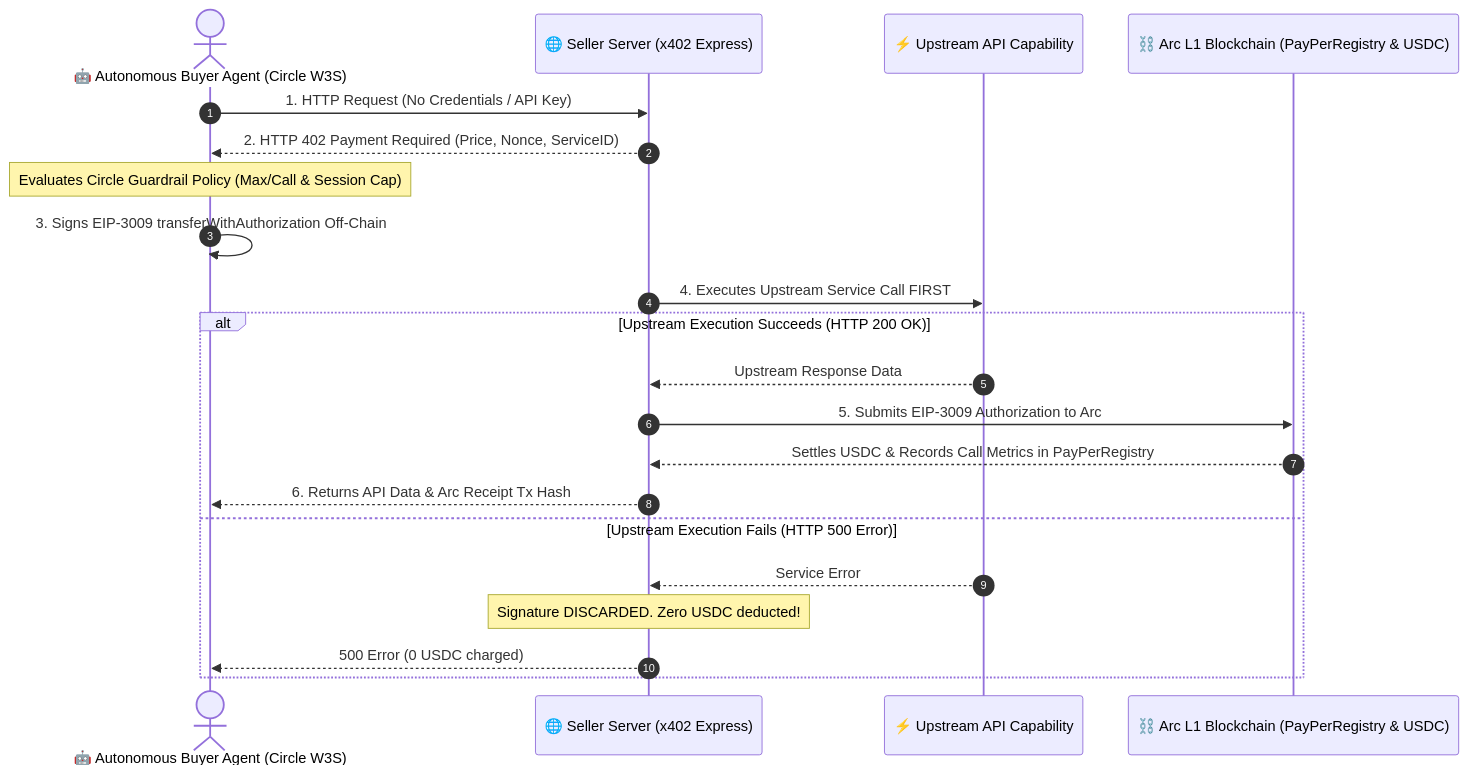
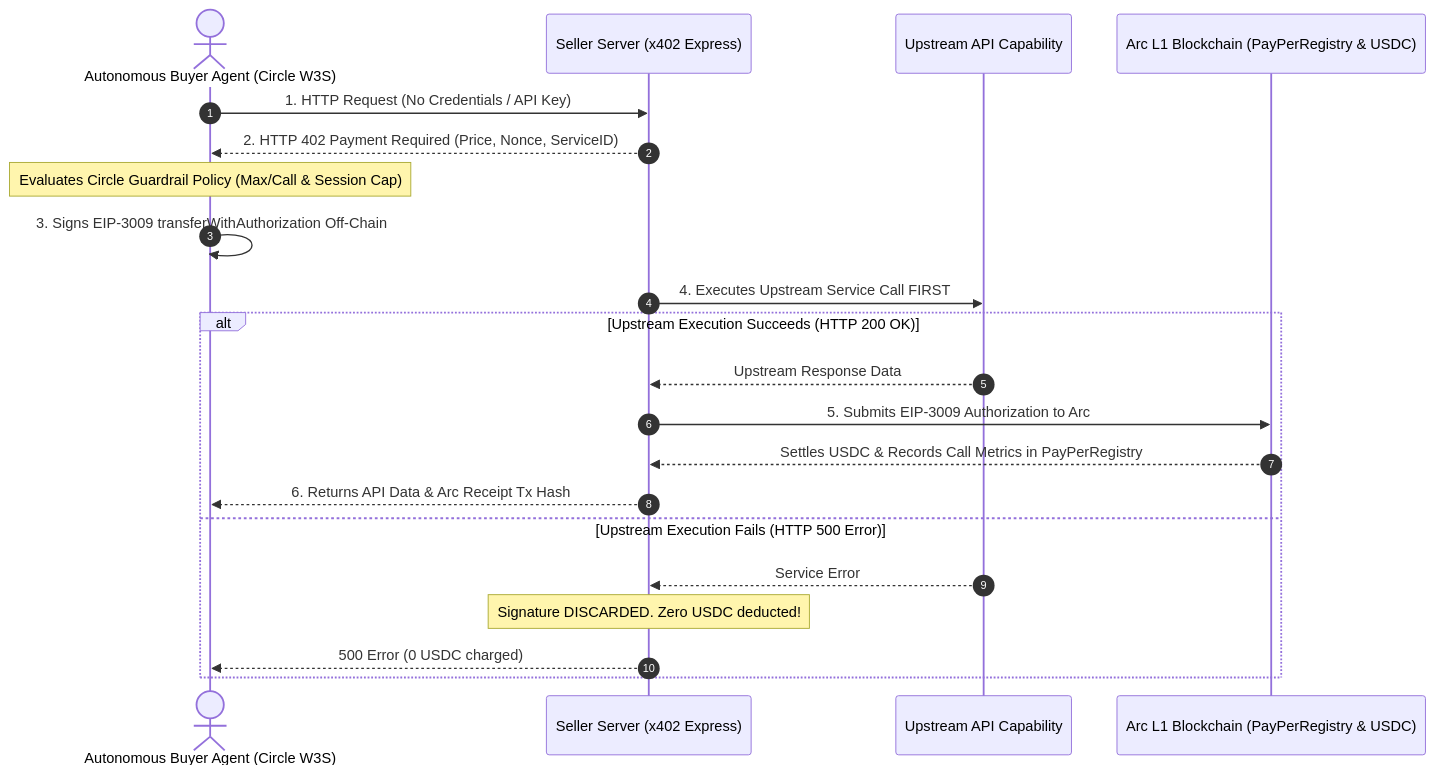
Before and after one commit to ODbeke/payper: the second of 2 diagrams in README.md, drawn with Mermaid. The commit also changed other lines of this file, not shown here.

````diff
--- a/README.md
+++ b/README.md
@@ -63,24 +64,24 @@
 ```mermaid
 sequenceDiagram
     autonumber
-    actor BuyerAgent as 🤖 Autonomous Buyer Agent (Circle W3S)
-    participant SellerServer as 🌐 Seller Server (x402 Express)
-    participant UpstreamAPI as ⚡ Upstream API Capability
-    participant ArcL1 as ⛓️ Arc L1 Blockchain (PayPerRegistry & USDC)
+    actor BuyerAgent as Autonomous Buyer Agent (Circle W3S)
+    participant SellerServer as Seller Server (x402 Express)
+    participant UpstreamAPI as Upstream API Capability
+    participant ArcL1 as Arc L1 Blockchain (PayPerRegistry & USDC)
 
     BuyerAgent->>SellerServer: 1. HTTP Request (No Credentials / API Key)
     SellerServer-->>BuyerAgent: 2. HTTP 402 Payment Required (Price, Nonce, ServiceID)
     Note over BuyerAgent: Evaluates Circle Guardrail Policy (Max/Call & Session Cap)
     BuyerAgent->>BuyerAgent: 3. Signs EIP-3009 transferWithAuthorization Off-Chain
     SellerServer->>UpstreamAPI: 4. Executes Upstream Service Call FIRST
     alt Upstream Execution Succeeds (HTTP 200 OK)
         UpstreamAPI-->>SellerServer: Upstream Response Data
         SellerServer->>ArcL1: 5. Submits EIP-3009 Authorization to Arc
         ArcL1-->>SellerServer: Settles USDC & Records Call Metrics in PayPerRegistry
         SellerServer-->>BuyerAgent: 6. Returns API Data & Arc Receipt Tx Hash
     else Upstream Execution Fails (HTTP 500 Error)
         UpstreamAPI-->>SellerServer: Service Error
         Note over SellerServer: Signature DISCARDED. Zero USDC deducted!
         SellerServer-->>BuyerAgent: 500 Error (0 USDC charged)
     end
 ```
````
